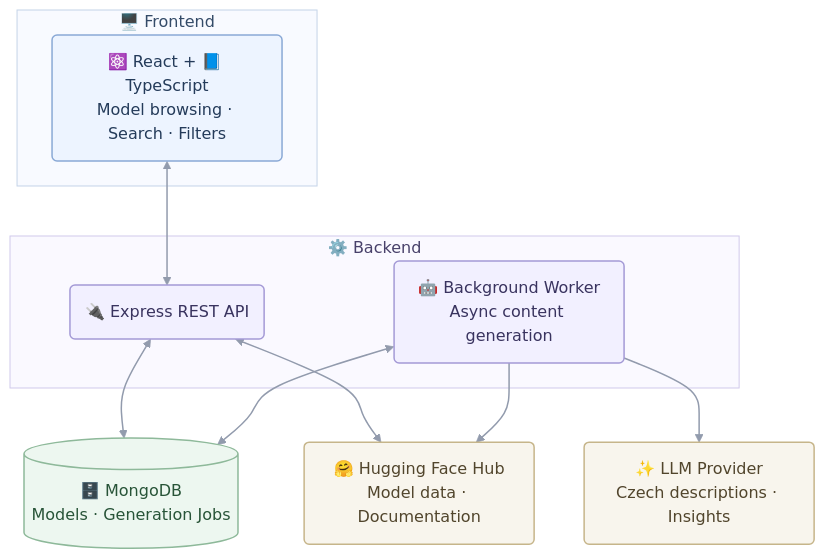
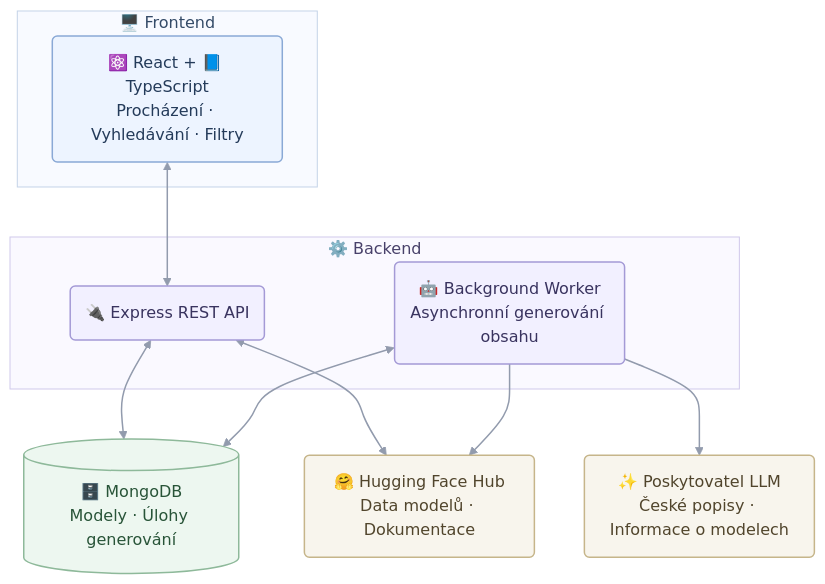
Before and after one commit to petravrob/ai-model-explorer: the diagram in README.md, drawn with Mermaid. The commit also changed other lines of this file and 2 other files, not shown here.

````diff
--- a/README.md
+++ b/README.md
@@ -68,38 +67,38 @@
 ```mermaid
 flowchart TB
     subgraph FE["🖥️ Frontend"]
-        UI("⚛️ React + 📘 TypeScript<br/>Model browsing · Search · Filters")
+        UI("⚛️ React + 📘 TypeScript<br/>Procházení · Vyhledávání · Filtry")
     end
 
     subgraph BE["⚙️ Backend"]
         API("🔌 Express REST API")
-        WORKER("🤖 Background Worker<br/>Async content generation")
+        WORKER("🤖 Background Worker<br/>Asynchronní generování obsahu")
     end
 
-    DB[("🗄️ MongoDB<br/>Models · Generation Jobs")]
-    HF("🤗 Hugging Face Hub<br/>Model data · Documentation")
-    LLM("✨ LLM Provider<br/>Czech descriptions · Insights")
+    DB[("🗄️ MongoDB<br/>Modely · Úlohy generování")]
+    HF("🤗 Hugging Face Hub<br/>Data modelů · Dokumentace")
+    LLM("✨ Poskytovatel LLM<br/>České popisy · Informace o modelech")
 
     UI <--> API
     API <--> DB
     API <--> HF
 
     WORKER <--> DB
     WORKER --> HF
     WORKER --> LLM
 
     classDef frontend fill:#edf4ff,stroke:#8aa9d6,color:#243b5a,stroke-width:1.5px
     classDef backend fill:#f2f0ff,stroke:#a49ad6,color:#39335f,stroke-width:1.5px
     classDef storage fill:#edf7f0,stroke:#8eb99a,color:#285438,stroke-width:1.5px
     classDef external fill:#f8f5ed,stroke:#c6b58a,color:#51452c,stroke-width:1.5px
 
     class UI frontend
     class API,WORKER backend
     class DB storage
     class HF,LLM external
 
     style FE fill:#f8faff,stroke:#c4d3e8,color:#344b68
     style BE fill:#faf9ff,stroke:#d0c9eb,color:#48416a
 
     linkStyle default stroke:#929bad,stroke-width:1.5px
 ```
````
